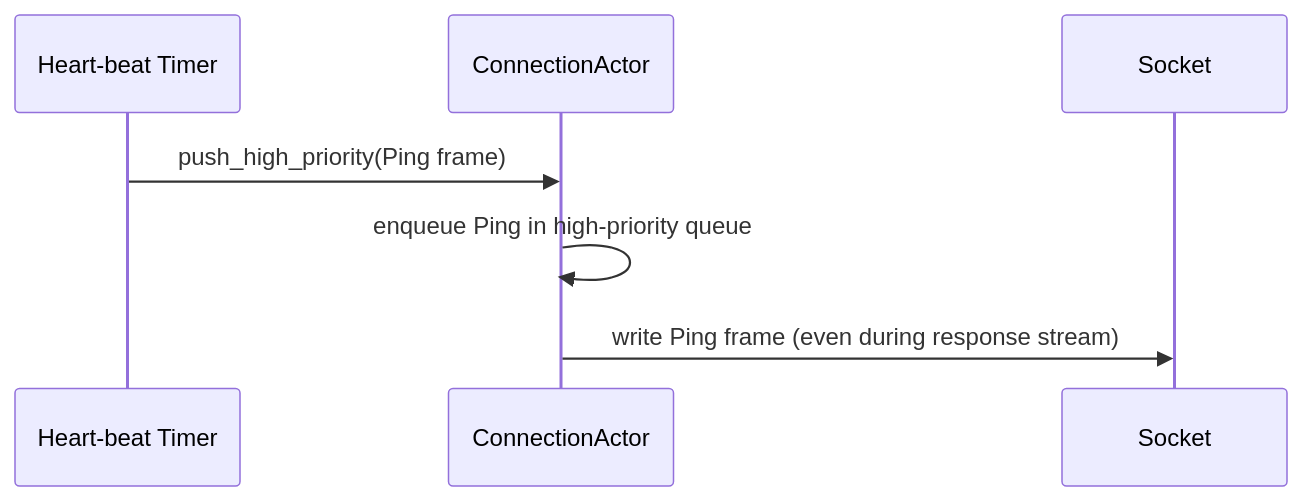
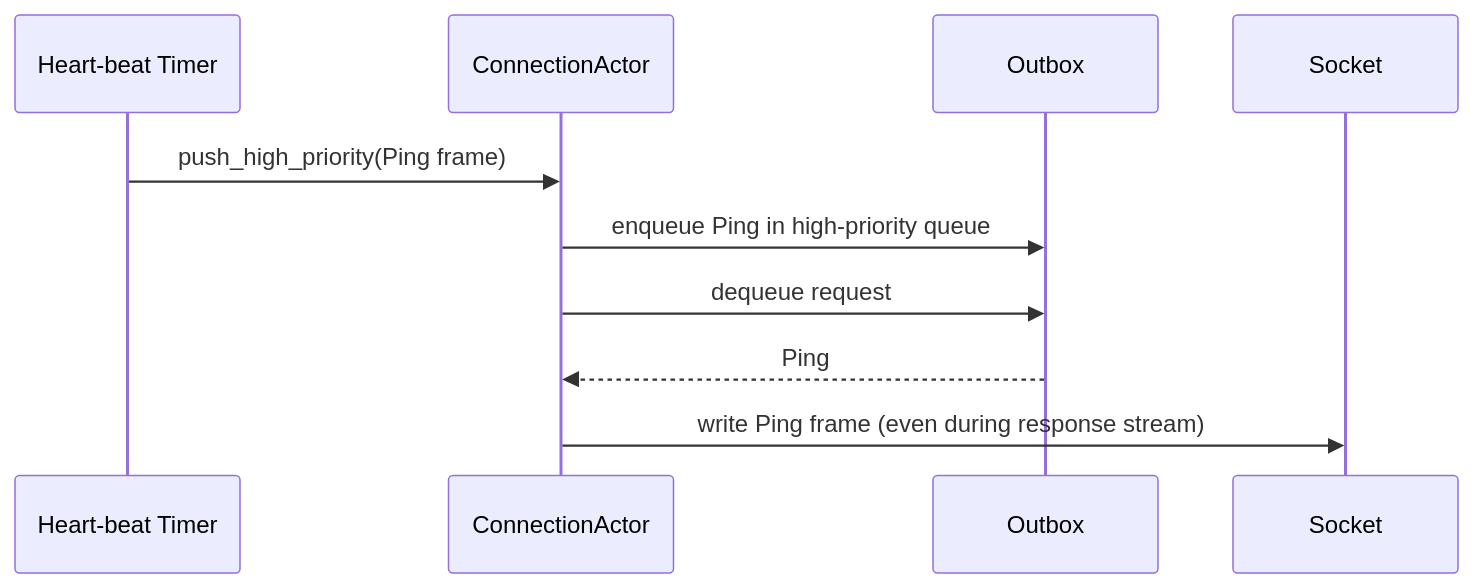
One commit to leynos/wireframe changed the sixth of 7 diagrams in docs/asynchronous-outbound-messaging-design.md. Above: the diagram before and after it, drawn with Mermaid. The commit also changed other lines of this file, not shown here.

First line of the commit message:
Fix mermaid queue arrows (#126)

````diff
--- a/docs/asynchronous-outbound-messaging-design.md
+++ b/docs/asynchronous-outbound-messaging-design.md
@@ -436,9 +444,12 @@
 ```mermaid
 sequenceDiagram
     participant Timer as Heart-beat Timer
     participant ConnectionActor
+    participant Outbox
     participant Socket
     Timer->>ConnectionActor: push_high_priority(Ping frame)
-    ConnectionActor->>ConnectionActor: enqueue Ping in high-priority queue
+    ConnectionActor->>Outbox: enqueue Ping in high-priority queue
+    ConnectionActor->>Outbox: dequeue request
+    Outbox-->>ConnectionActor: Ping
     ConnectionActor->>Socket: write Ping frame (even during response stream)
 ```
````
